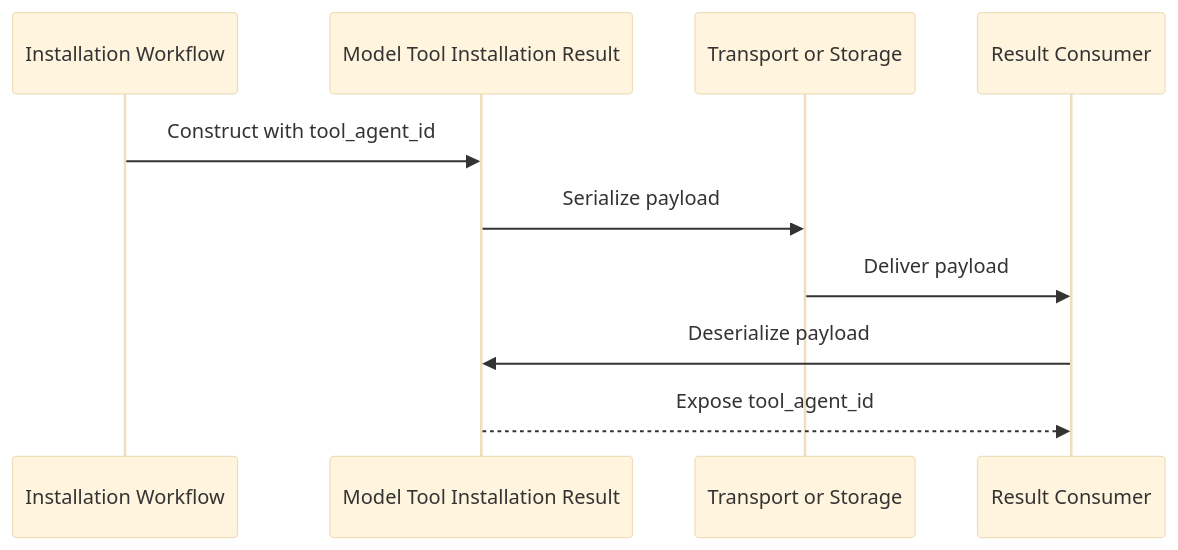
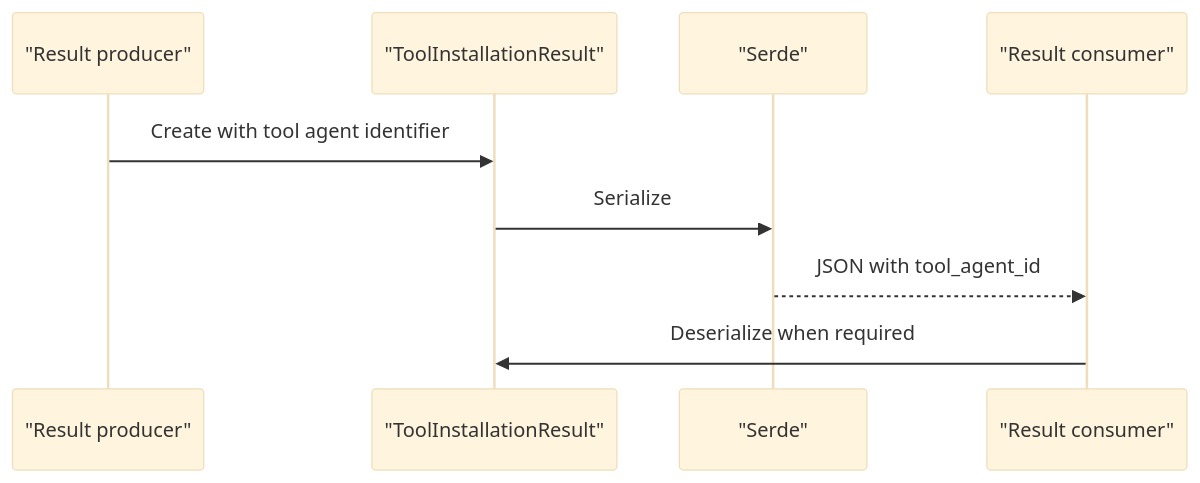
One commit to flamingo-stack/openframe-oss-tenant changed the third of 4 diagrams in docs/reference/architecture/openframe-client-core/model-tool-installation-result/model-tool-installation-result.md. Above: the diagram before and after it, drawn with Mermaid (base theme). The commit also changed other lines of this file and 2377 other files, not shown here.

````diff
--- a/docs/reference/architecture/openframe-client-core/model-tool-installation-result/model-tool-installation-result.md
+++ b/docs/reference/architecture/openframe-client-core/model-tool-installation-result/model-tool-installation-result.md
@@ -59,12 +84,11 @@
 ```mermaid
 sequenceDiagram
-    participant Install as Installation Workflow
-    participant Model as Model Tool Installation Result
-    participant Channel as Transport or Storage
-    participant Receive as Result Consumer
-    Install->>Model: Construct with tool_agent_id
-    Model->>Channel: Serialize payload
-    Channel->>Receive: Deliver payload
-    Receive->>Model: Deserialize payload
-    Model-->>Receive: Expose tool_agent_id
+    participant Sender as "Result producer"
+    participant Model as "ToolInstallationResult"
+    participant Serde as "Serde"
+    participant Receiver as "Result consumer"
+    Sender->>Model: Create with tool agent identifier
+    Model->>Serde: Serialize
+    Serde-->>Receiver: JSON with tool_agent_id
+    Receiver->>Model: Deserialize when required
 ```
````
